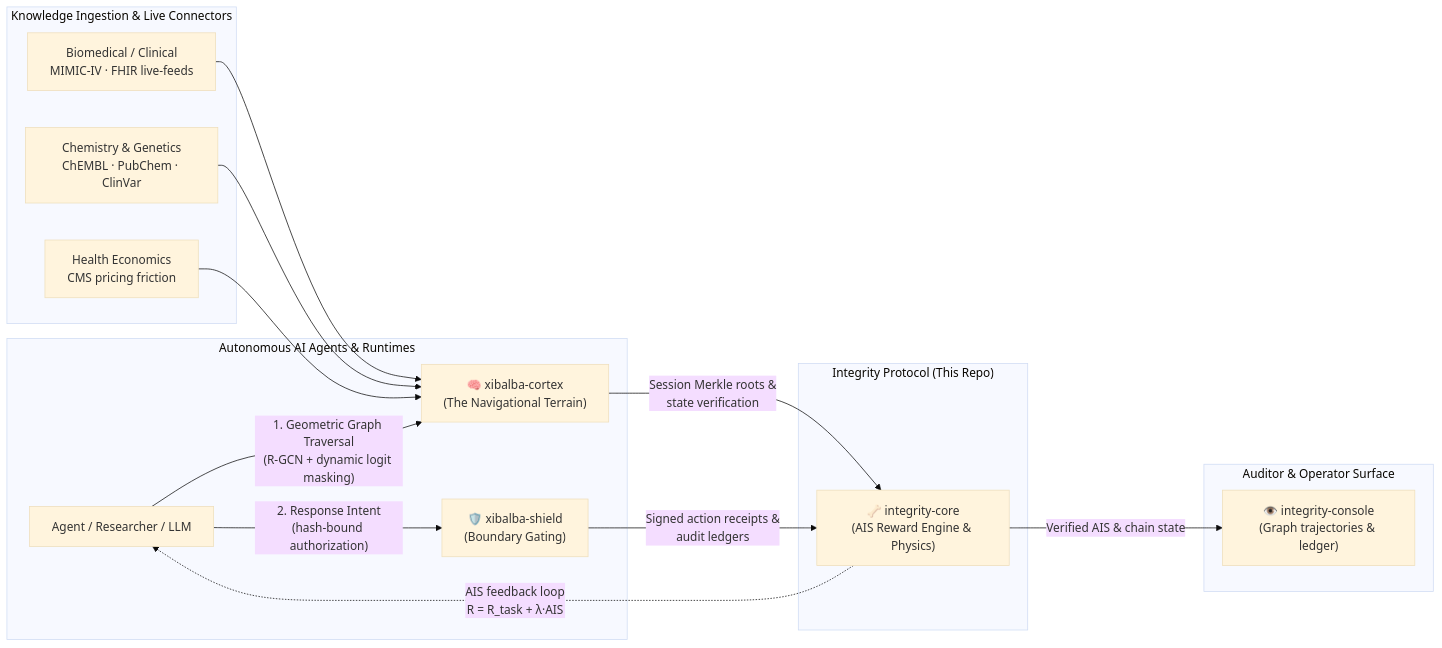
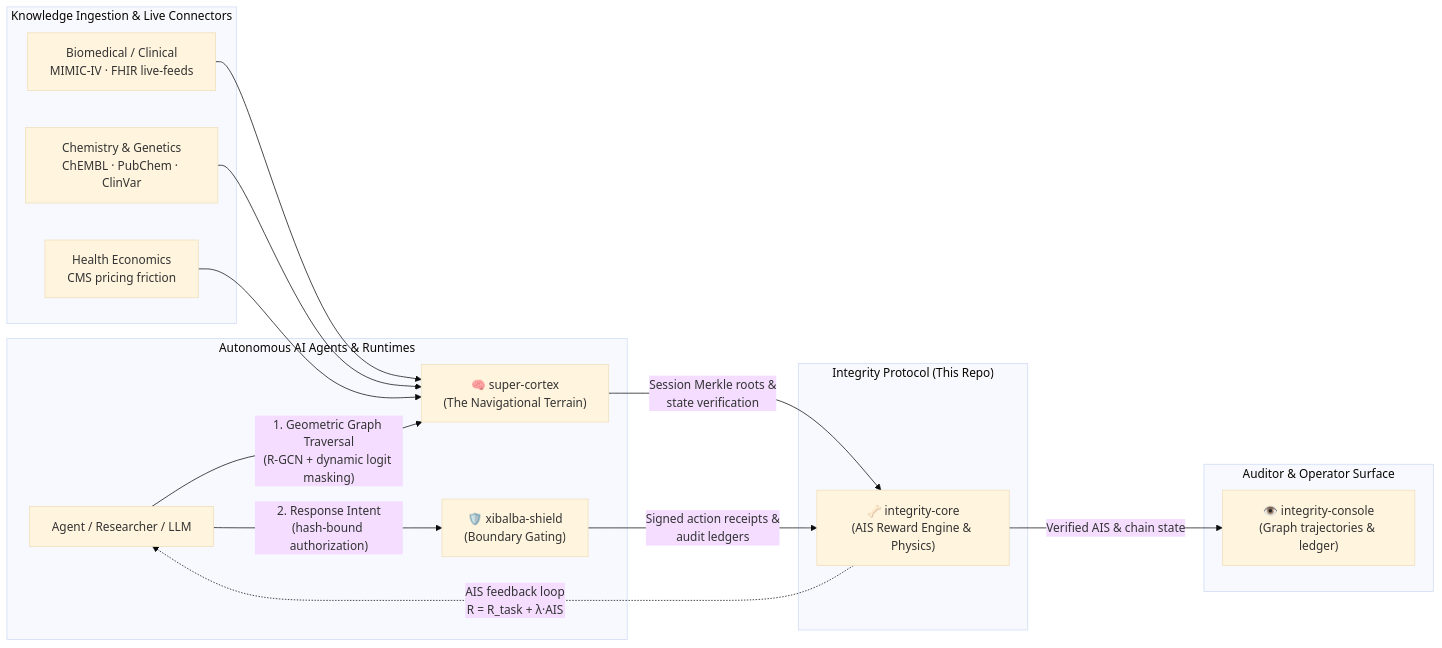
Before and after one commit to XibalbaTechSol/integrity-core: the diagram in README.md, drawn with Mermaid (base theme). The commit also changed other lines of this file and 15 other files, not shown here.

Commit message:
docs: update ecosystem documentation to reference super-cortex instead of xibalba-cortex (#243)

````diff
--- a/README.md
+++ b/README.md
@@ -35,20 +35,20 @@
 ```mermaid
 flowchart LR
     subgraph Agents["Autonomous AI Agents & Runtimes"]
-        A["Agent / Researcher / LLM"] -->|"1. Geometric Graph Traversal<br/>(R-GCN + dynamic logit masking)"| C["🧠 xibalba-cortex<br/>(The Navigational Terrain)"]
+        A["Agent / Researcher / LLM"] -->|"1. Geometric Graph Traversal<br/>(R-GCN + dynamic logit masking)"| C["🧠 super-cortex<br/>(The Navigational Terrain)"]
         A -->|"2. Response Intent<br/>(hash-bound authorization)"| S["🛡️ xibalba-shield<br/>(Boundary Gating)"]
     end
     subgraph Data["Knowledge Ingestion & Live Connectors"]
         D1["Biomedical / Clinical<br/>MIMIC-IV · FHIR live-feeds"] --> C
         D2["Chemistry & Genetics<br/>ChEMBL · PubChem · ClinVar"] --> C
         D3["Health Economics<br/>CMS pricing friction"] --> C
     end
     subgraph Core["Integrity Protocol (This Repo)"]
         C -->|"Session Merkle roots &<br/>state verification"| P["🦴 integrity-core<br/>(AIS Reward Engine & Physics)"]
         S -->|"Signed action receipts &<br/>audit ledgers"| P
         P -.->|"AIS feedback loop<br/>R = R_task + λ·AIS"| A
     end
     subgraph Console["Auditor & Operator Surface"]
         P -->|"Verified AIS & chain state"| O["👁️ integrity-console<br/>(Graph trajectories & ledger)"]
     end
 ```
````
